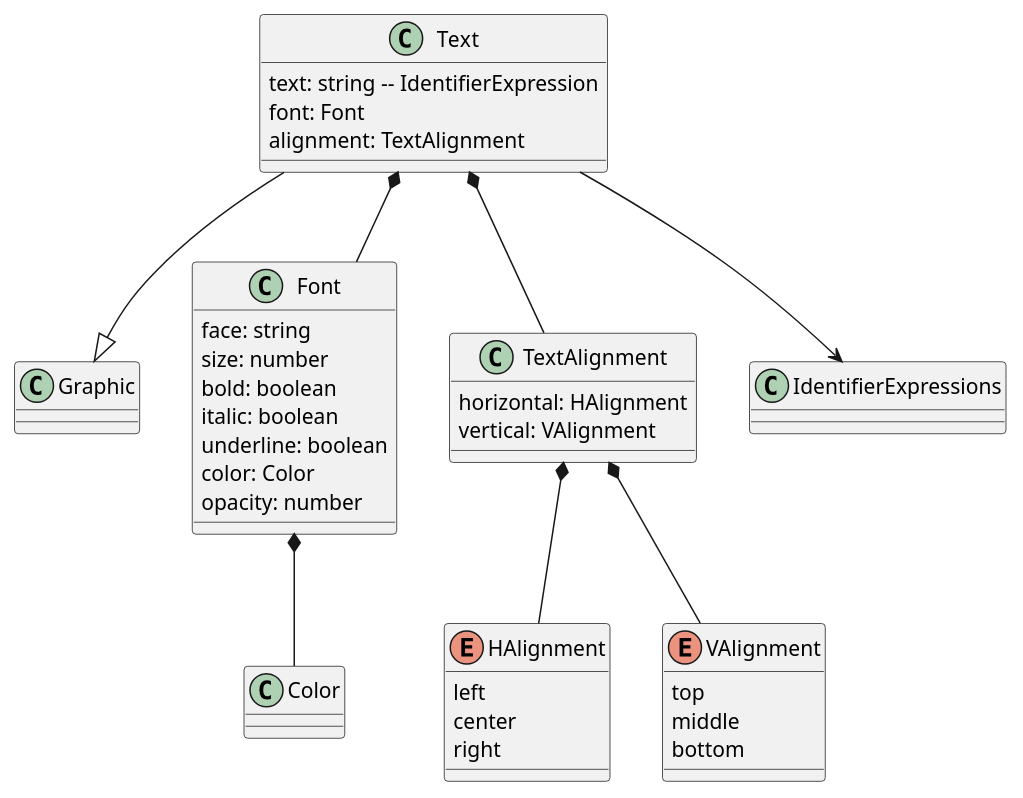
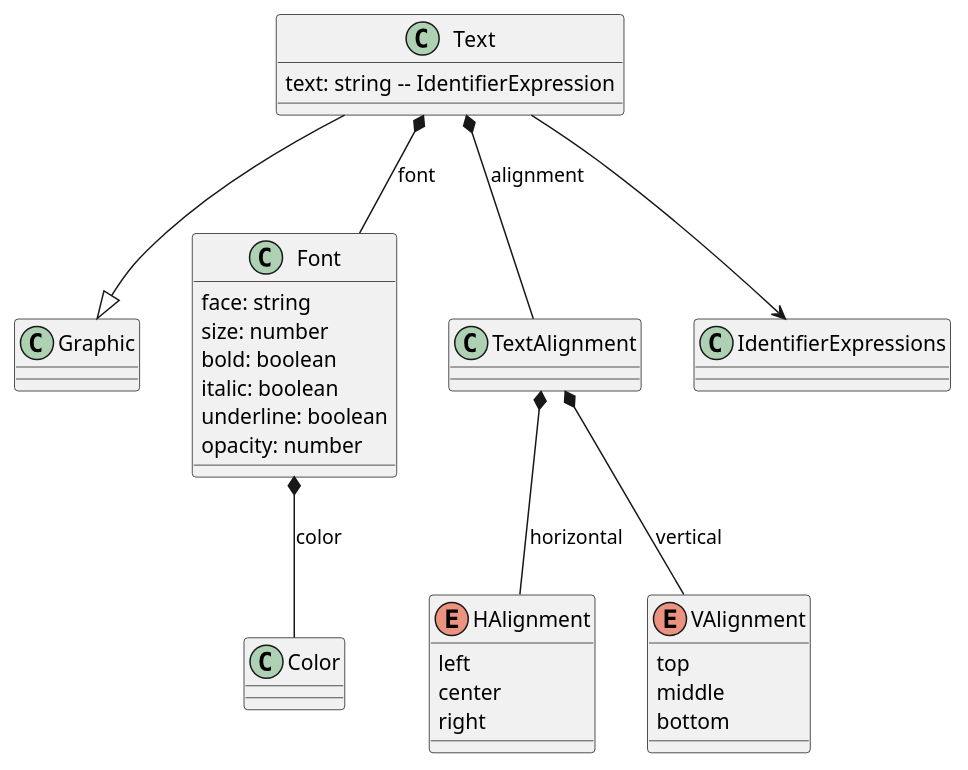
One commit to opengeospatial/cartographic-symbology changed the tenth of 10 diagrams in 1-core/sections/clause_8_vector.adoc. Above: the diagram before and after it, drawn with PlantUML. The commit also changed other lines of this file and 2 other files, not shown here.

Commit message:
Vector, coverage and labeling UML: show the listed properties as associations only

```diff
--- a/1-core/sections/clause_8_vector.adoc
+++ b/1-core/sections/clause_8_vector.adoc
@@ -387,36 +373,31 @@
 [plantuml, target=diagram-classes, format=png]
 ....
 @startuml
 Text --|> Graphic
 Text : text: string -- IdentifierExpression
-Text : font: Font
-Text : alignment: TextAlignment
-Text *-- Font
-Text *-- TextAlignment
+Text *-- Font : font
+Text *-- TextAlignment : alignment
 Text --> IdentifierExpressions
 
 Font : face: string
 Font : size: number
 Font : bold: boolean
 Font : italic: boolean
 Font : underline: boolean
-Font : color: Color
 Font : opacity: number
-Font *-- Color
+Font *-- Color : color
 
-TextAlignment : horizontal: HAlignment
-TextAlignment : vertical: VAlignment
-TextAlignment *-- HAlignment
-TextAlignment *-- VAlignment
+TextAlignment *-- HAlignment : horizontal
+TextAlignment *-- VAlignment : vertical
 
 enum HAlignment
 HAlignment : left
 HAlignment : center
 HAlignment : right
 
 enum VAlignment
 VAlignment : top
 VAlignment : middle
 VAlignment : bottom
 @enduml
 ....
```
